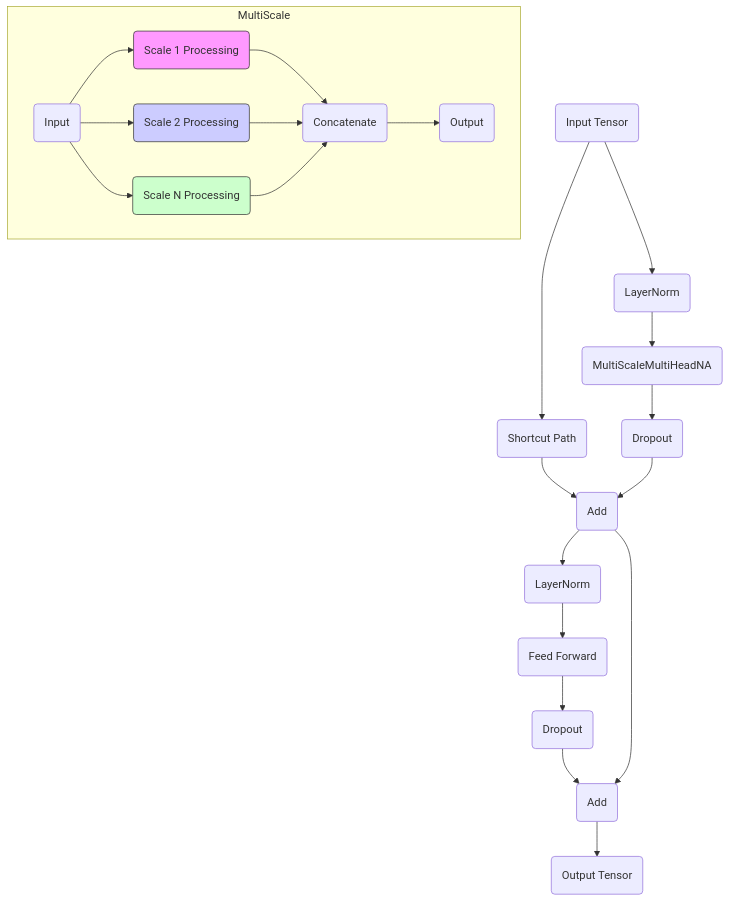
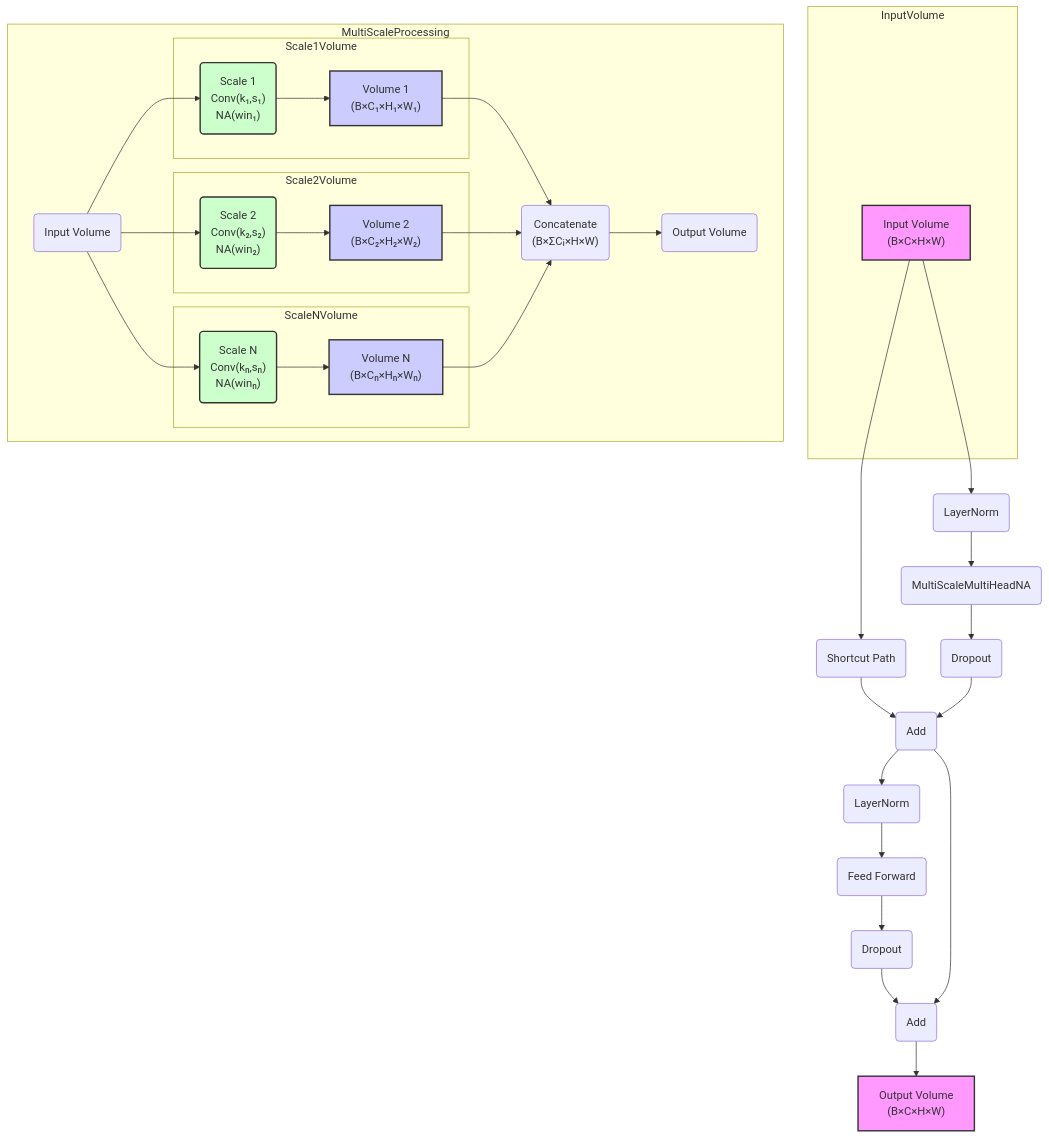
Before and after one commit to achalghoum/eyetoy: the first of 2 diagrams in docs/paper_proposal.md, drawn with Mermaid. The commit also changed other lines of this file and 2 other files, not shown here.

````diff
--- a/docs/paper_proposal.md
+++ b/docs/paper_proposal.md
@@ -111,34 +111,63 @@
 ```mermaid
 graph TD
-    Input("Input Tensor") --> LN1("LayerNorm")
-    Input --> Shortcut("Shortcut Path")
+    subgraph InputVolume
+        Input3D["Input Volume
+        (B×C×H×W)"]
+    end
+    
+    Input3D --> LN1("LayerNorm")
+    Input3D --> Shortcut("Shortcut Path")
     LN1 --> MSNA("MultiScaleMultiHeadNA")
     
-    subgraph MultiScale
-        MSNA_in("Input") --> Scale1("Scale 1 Processing")
-        MSNA_in --> Scale2("Scale 2 Processing")
-        MSNA_in --> ScaleN("Scale N Processing")
-        Scale1 --> Concat("Concatenate")
-        Scale2 --> Concat
-        ScaleN --> Concat
-        Concat --> MSNA_out("Output")
+    subgraph MultiScaleProcessing
+        MSNA_in("Input Volume") --> Scale1("Scale 1
+        Conv(k₁,s₁)
+        NA(win₁)")
+        MSNA_in --> Scale2("Scale 2
+        Conv(k₂,s₂)
+        NA(win₂)")
+        MSNA_in --> ScaleN("Scale N
+        Conv(kₙ,sₙ)
+        NA(winₙ)")
+        
+        subgraph Scale1Volume
+            Scale1 --> S1_Vol["Volume 1
+            (B×C₁×H₁×W₁)"]
+        end
+        
+        subgraph Scale2Volume
+            Scale2 --> S2_Vol["Volume 2
+            (B×C₂×H₂×W₂)"]
+        end
+        
+        subgraph ScaleNVolume
+            ScaleN --> SN_Vol["Volume N
+            (B×Cₙ×Hₙ×Wₙ)"]
+        end
+        
+        S1_Vol --> Concat("Concatenate
+        (B×ΣCᵢ×H×W)")
+        S2_Vol --> Concat
+        SN_Vol --> Concat
+        Concat --> MSNA_out("Output Volume")
     end
     
     MSNA --> Dropout1("Dropout")
     Shortcut --> Add1("Add")
     Dropout1 --> Add1
     Add1 --> LN2("LayerNorm")
     LN2 --> FFN("Feed Forward")
     FFN --> Dropout2("Dropout")
     Dropout2 --> Add2("Add")
     Add1 --> Add2
-    Add2 --> Output("Output Tensor")
+    Add2 --> Output3D["Output Volume
+    (B×C×H×W)"]
     
-    classDef scale1 fill:#f9f,stroke:#333
-    classDef scale2 fill:#ccf,stroke:#333
-    classDef scaleN fill:#cfc,stroke:#333
+    classDef volume fill:#f9f,stroke:#333,stroke-width:2px
+    classDef scale fill:#ccf,stroke:#333,stroke-width:2px
+    classDef process fill:#cfc,stroke:#333,stroke-width:2px
     
-    class Scale1 scale1
-    class Scale2 scale2
-    class ScaleN scaleN
+    class Input3D,Output3D volume
+    class S1_Vol,S2_Vol,SN_Vol scale
+    class Scale1,Scale2,ScaleN process
 ```
````
